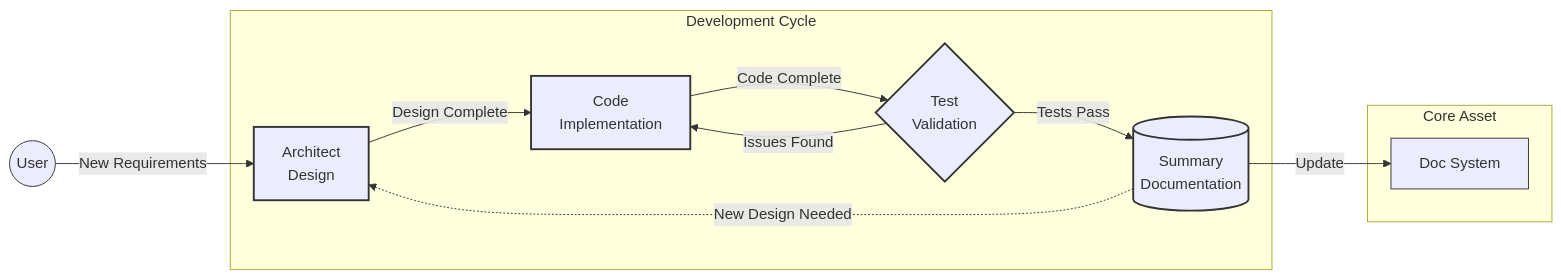
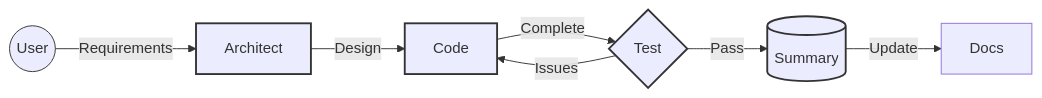
The second of 2 diagrams in README.md (pinqy520/roo-code-vibook), drawn with Mermaid before and after one commit. The commit also changed other lines of this file and 1 other file, not shown here.

````diff
--- a/README.md
+++ b/README.md
@@ -167,31 +68,15 @@
 ```mermaid
 flowchart LR
-    %% Node style definitions
     classDef user stroke:#333,stroke-width:1px
     classDef arch stroke:#333,stroke-width:2px,shape:hexagon
     classDef code stroke:#333,stroke-width:2px,shape:rect
     classDef test stroke:#333,stroke-width:2px,shape:diamond
     classDef summ stroke:#333,stroke-width:2px,shape:cylinder
-    classDef doc stroke:#333,stroke-width:1px,shape:note
     
-    %% Flow definition
-    User((User)):::user -->|New Requirements| Arch[Architect<br>Design]:::arch
-    Arch -->|Design Complete| Code[Code<br>Implementation]:::code
-    Code -->|Code Complete| Test{Test<br>Validation}:::test
-    Test -->|Issues Found| Code
-    Test -->|Tests Pass| Summary[(Summary<br>Documentation)]:::summ
-    Summary -->|Update| DocSystem[Doc System]:::doc
-    Summary -.->|New Design Needed| Arch
-    
-    %% Add annotations
-    subgraph Development Cycle
-        Arch
-        Code
-        Test
-        Summary
-    end
-    
-    subgraph Core Asset
-        DocSystem
-    end
+    User((User)):::user -->|Requirements| Arch[Architect]:::arch
+    Arch -->|Design| Code[Code]:::code
+    Code -->|Complete| Test{Test}:::test
+    Test -->|Issues| Code
+    Test -->|Pass| Summary[(Summary)]:::summ
+    Summary -->|Update| DocSystem[Docs]
 ```
````
